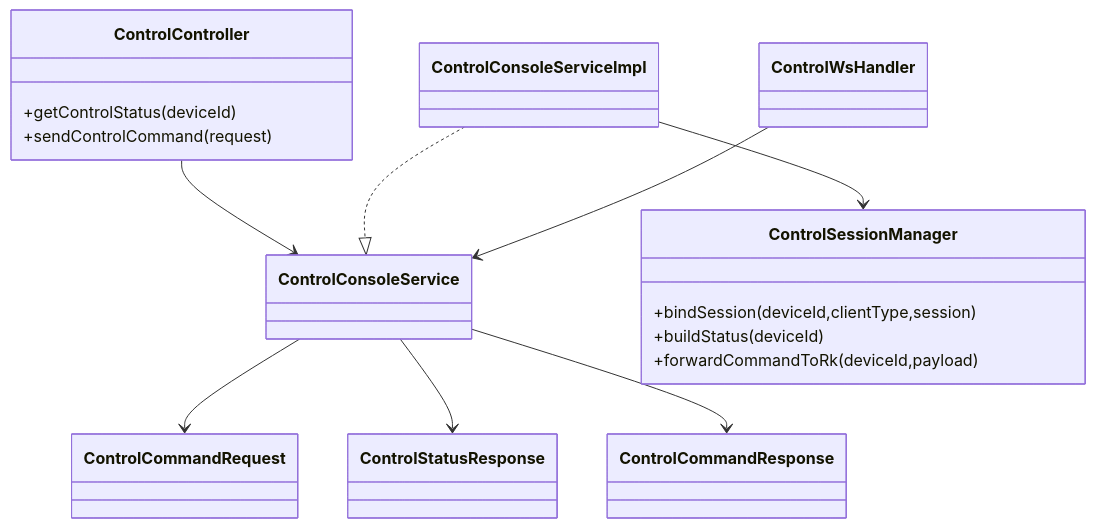
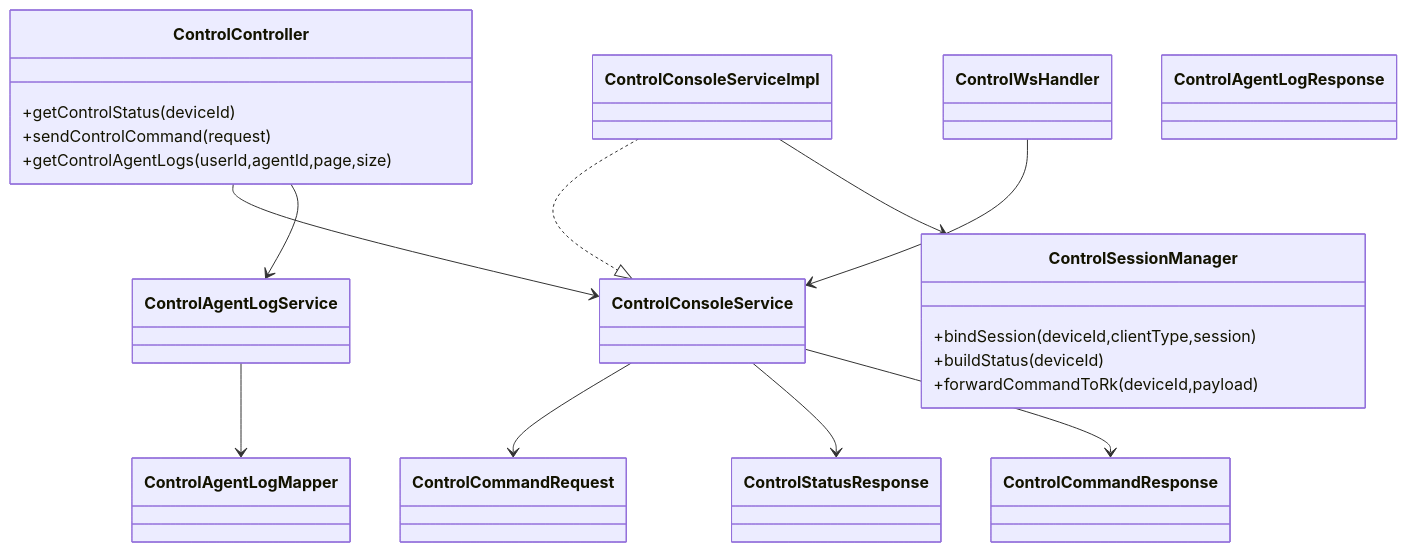
One commit to nangong918/magic-vector changed diagram 27 of 42 in springboot/docs/SpringBootDesignDocument.md. Above: the diagram before and after it, drawn with Mermaid. The commit also changed other lines of this file and 4 other files, not shown here.

````diff
--- a/springboot/docs/SpringBootDesignDocument.md
+++ b/springboot/docs/SpringBootDesignDocument.md
@@ -607,26 +608,32 @@
 ```mermaid
 classDiagram
     class ControlController {
       +getControlStatus(deviceId)
       +sendControlCommand(request)
+      +getControlAgentLogs(userId,agentId,page,size)
     }
     class ControlConsoleService
     class ControlConsoleServiceImpl
     class ControlSessionManager {
       +bindSession(deviceId,clientType,session)
       +buildStatus(deviceId)
       +forwardCommandToRk(deviceId,payload)
     }
     class ControlWsHandler
     class ControlCommandRequest
     class ControlStatusResponse
     class ControlCommandResponse
+    class ControlAgentLogResponse
+    class ControlAgentLogService
+    class ControlAgentLogMapper
 
     ControlController --> ControlConsoleService
     ControlConsoleServiceImpl ..|> ControlConsoleService
     ControlConsoleServiceImpl --> ControlSessionManager
     ControlWsHandler --> ControlConsoleService
     ControlConsoleService --> ControlCommandRequest
     ControlConsoleService --> ControlStatusResponse
     ControlConsoleService --> ControlCommandResponse
+    ControlController --> ControlAgentLogService
+    ControlAgentLogService --> ControlAgentLogMapper
 ```
````
